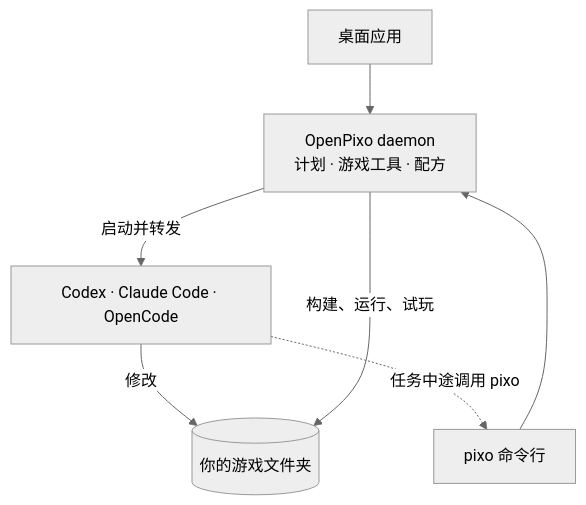
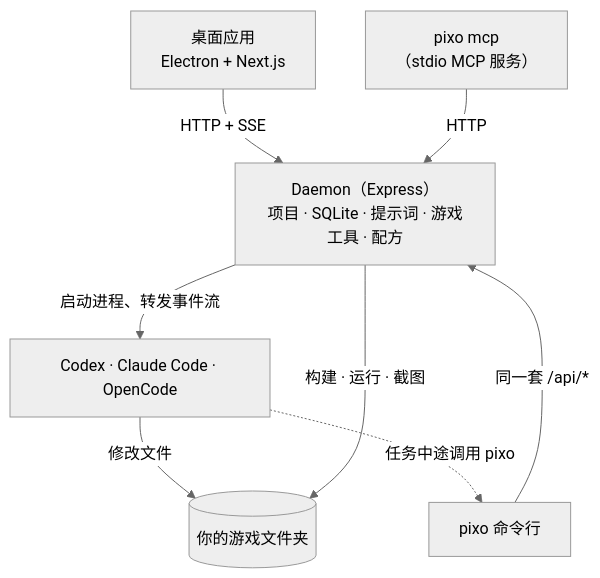
One commit to OpenPixo/OpenPixo changed the diagram in README.zh-CN.md. Above: the diagram before and after it, drawn with Mermaid (neutral theme). The commit also changed other lines of this file and 4 other files, not shown here.

````diff
--- a/README.zh-CN.md
+++ b/README.zh-CN.md
@@ -79,9 +120,10 @@
 ```mermaid
 flowchart TB
-  UI["桌面应用"] --> D
-  CLI["pixo 命令行"] --> D
-  D["OpenPixo daemon<br/>计划 · 游戏工具 · 配方"] -- "启动并转发" --> A["Codex · Claude Code · OpenCode"]
-  A -- "修改" --> P[("你的游戏文件夹")]
+  UI["桌面应用<br/>Electron + Next.js"] -- "HTTP + SSE" --> D
+  CLI["pixo 命令行"] -- "同一套 /api/*" --> D
+  MCP["pixo mcp<br/>（stdio MCP 服务）"] -- HTTP --> D
+  D["Daemon（Express）<br/>项目 · SQLite · 提示词 · 游戏工具 · 配方"] -- "启动进程、转发事件流" --> A["Codex · Claude Code · OpenCode"]
+  A -- "修改文件" --> P[("你的游戏文件夹")]
   A -. "任务中途调用 pixo" .-> CLI
-  D -- "构建、运行、试玩" --> P
+  D -- "构建 · 运行 · 截图" --> P
 ```
````
